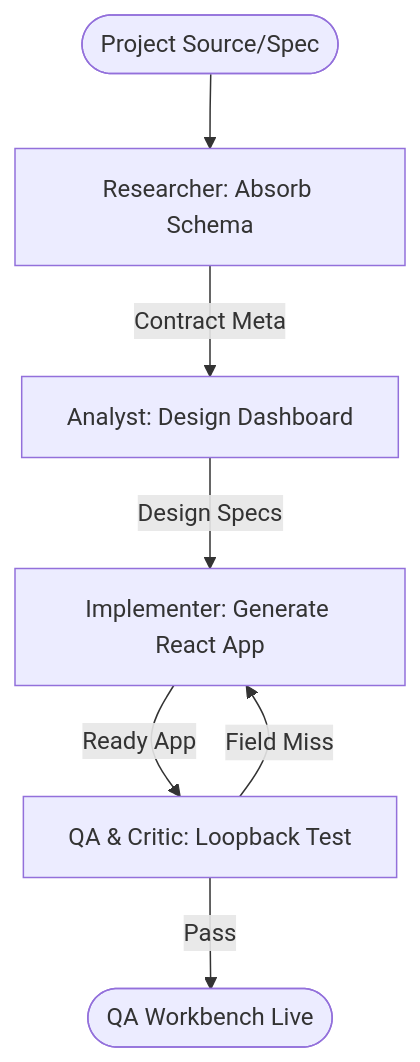
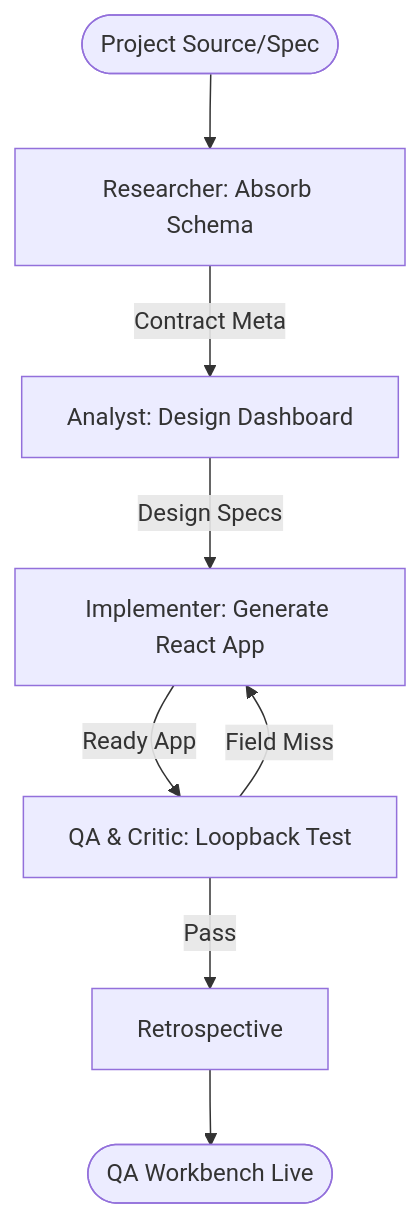
One commit to seanspiesman/Agents-and-Workflows changed the diagram in custom-agents/workflows/quality/QAWorkbench.workflow.md. Above: the diagram before and after it, drawn with Mermaid. The commit also changed other lines of this file and 38 other files, not shown here.

````diff
--- a/custom-agents/workflows/quality/QAWorkbench.workflow.md
+++ b/custom-agents/workflows/quality/QAWorkbench.workflow.md
@@ -60,9 +68,10 @@
 ```mermaid
 flowchart TD
     Start([Project Source/Spec]) --> P1[Researcher: Absorb Schema]
     P1 -->|Contract Meta| P2[Analyst: Design Dashboard]
     P2 -->|Design Specs| P3[Implementer: Generate React App]
     P3 -->|Ready App| P4[QA & Critic: Loopback Test]
     P4 -->|Field Miss| P3
-    P4 -->|Pass| End([QA Workbench Live])
+    P4 -->|Pass| P5[Retrospective]
+    P5 --> End([QA Workbench Live])
 ```
````
